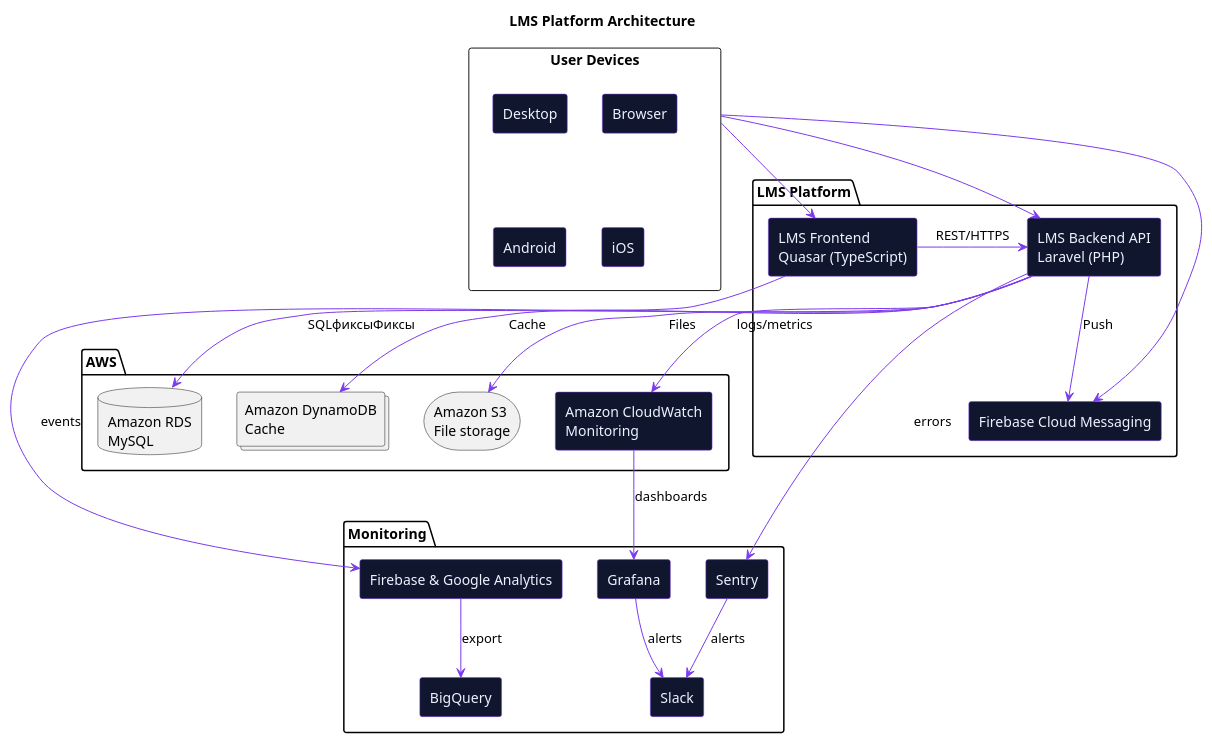
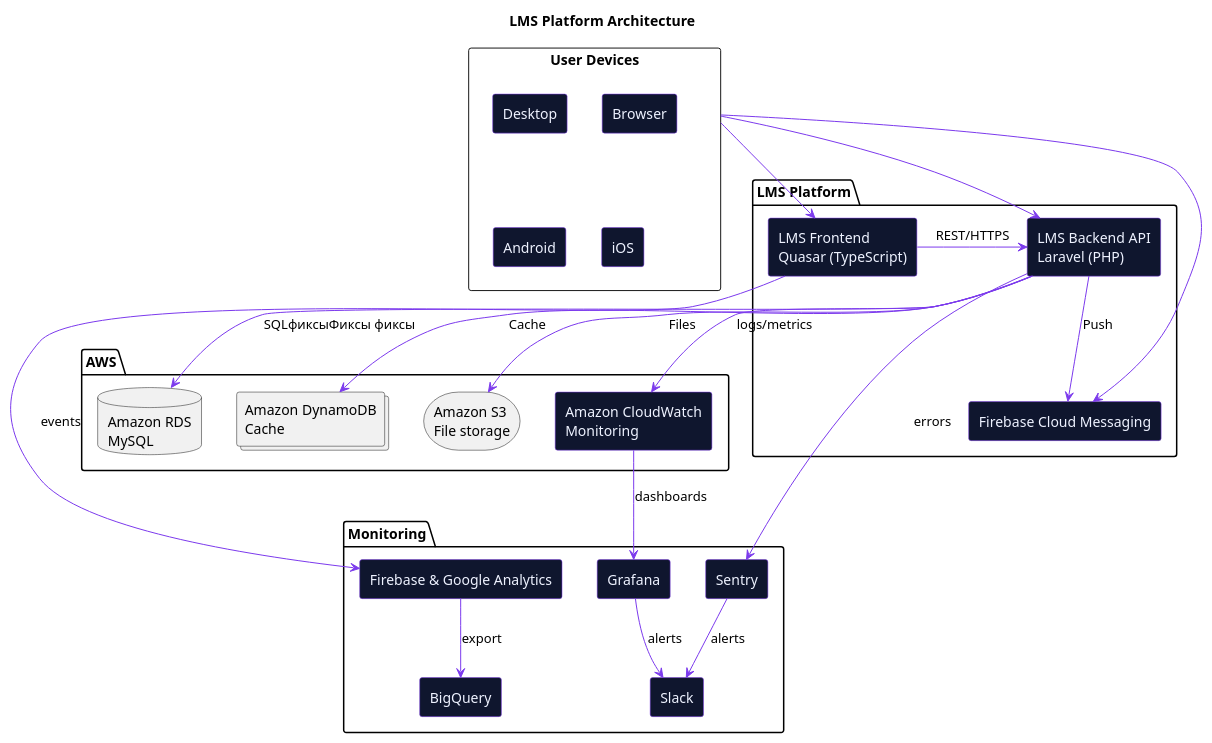
The diagram in puml/architecture.puml (metroproliv/TestWork), drawn with PlantUML before and after one commit. The commit also changed 2 other files, not shown here.

Commit message:
фиксы

```diff
--- a/puml/architecture.puml
+++ b/puml/architecture.puml
@@ -1,58 +1,58 @@
 @startuml LMS_Architecture
 title LMS Platform Architecture
 skinparam backgroundColor transparent
 skinparam componentStyle rectangle
 skinparam wrapWidth 200
 skinparam shadowing false
 skinparam ArrowColor #7c3aed
 skinparam componentBorderColor #7c3aed
 skinparam componentBackgroundColor #0f162e
 skinparam componentFontColor #eef2ff
 
 rectangle "User Devices" as devices {
   [Desktop]
   [Browser]
   [Android]
   [iOS]
 }
 
 package "LMS Platform" as platform {
   component "LMS Frontend\nQuasar (TypeScript)" as frontend
   component "LMS Backend API\nLaravel (PHP)" as api
   component "Firebase Cloud Messaging" as fcm
 }
 
 package "AWS" as aws {
   database "Amazon RDS\nMySQL" as rds
   collections "Amazon DynamoDB\nCache" as ddb
   storage "Amazon S3\nFile storage" as s3
   component "Amazon CloudWatch\nMonitoring" as cw
 }
 
 package "Monitoring" as mon {
   component "Firebase & Google Analytics" as ga
   component "BigQuery" as bq
   component "Sentry" as sentry
   component "Grafana" as grafana
   component "Slack" as slack
 }
 
 devices -down-> frontend
 devices -down-> api
 devices -down-> fcm
 
 frontend -right-> api : REST/HTTPS
-api -right-> rds : SQLфиксыФиксы 
+api -right-> rds : SQLфиксыФиксы фиксы
 api -right-> ddb : Cache
 api -right-> s3 : Files
 api -down-> fcm : Push
 
 frontend -down-> ga : events
 api -down-> cw : logs/metrics
 api -down-> sentry : errors
 ga -down-> bq : export
 cw -down-> grafana : dashboards
 sentry -down-> slack : alerts
 grafana -down-> slack : alerts
 
 @enduml
```
